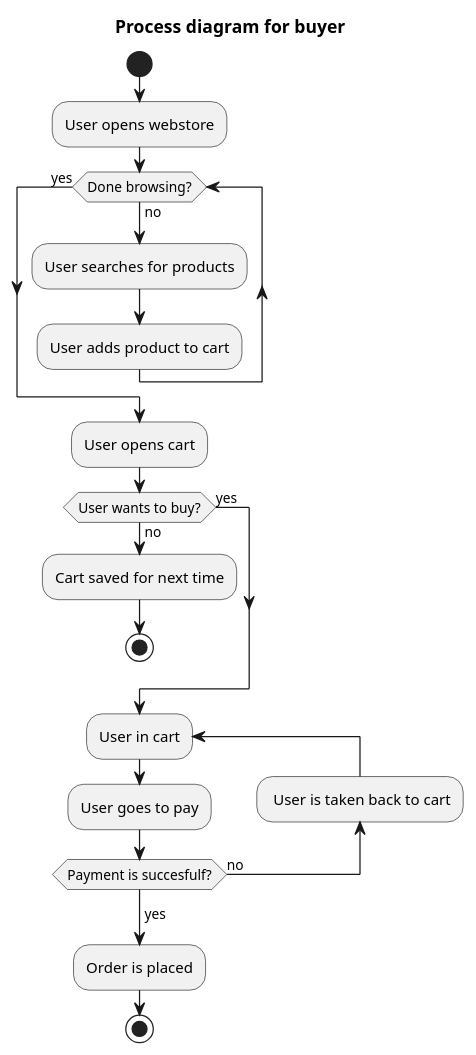
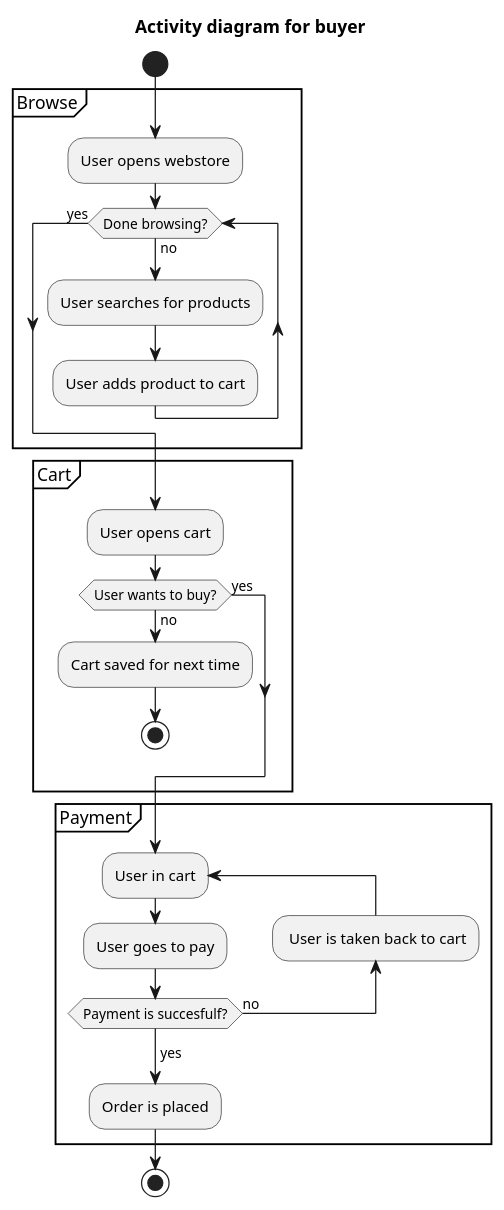
The diagram in doc/uml/BuyerProcessDiagram.puml (Majis-R/COMP.SE.200-2024-2025-G21), drawn with PlantUML before and after one commit. The commit also changed 1 other file, not shown here.

Commit message:
Modify buyer process diagram

```diff
--- a/doc/uml/BuyerProcessDiagram.puml
+++ b/doc/uml/BuyerProcessDiagram.puml
@@ -1,25 +1,31 @@
 @startuml buyer
-title Process diagram for buyer
+title Activity diagram for buyer
 start
+group Browse
 :User opens webstore;
 while (Done browsing?) is (no)
     :User searches for products;
     :User adds product to cart;
 endwhile (yes)
+end group
 
+group Cart
 :User opens cart;
 if (User wants to buy?) then (yes) 
     else(no)
 
         :Cart saved for next time;
         stop
 endif
+end group
+
+group Payment
 repeat :User in cart;
 :User goes to pay;
 backward: User is taken back to cart;
 repeat while (Payment is succesfulf?) is (no)
 ->yes;
 :Order is placed;
-
+end group
 stop
 @enduml
```
